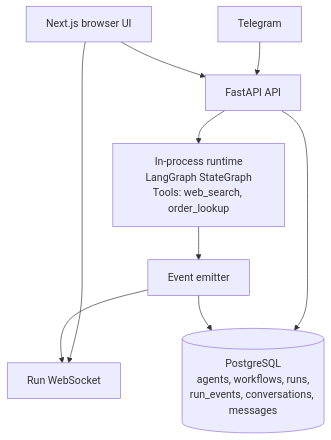
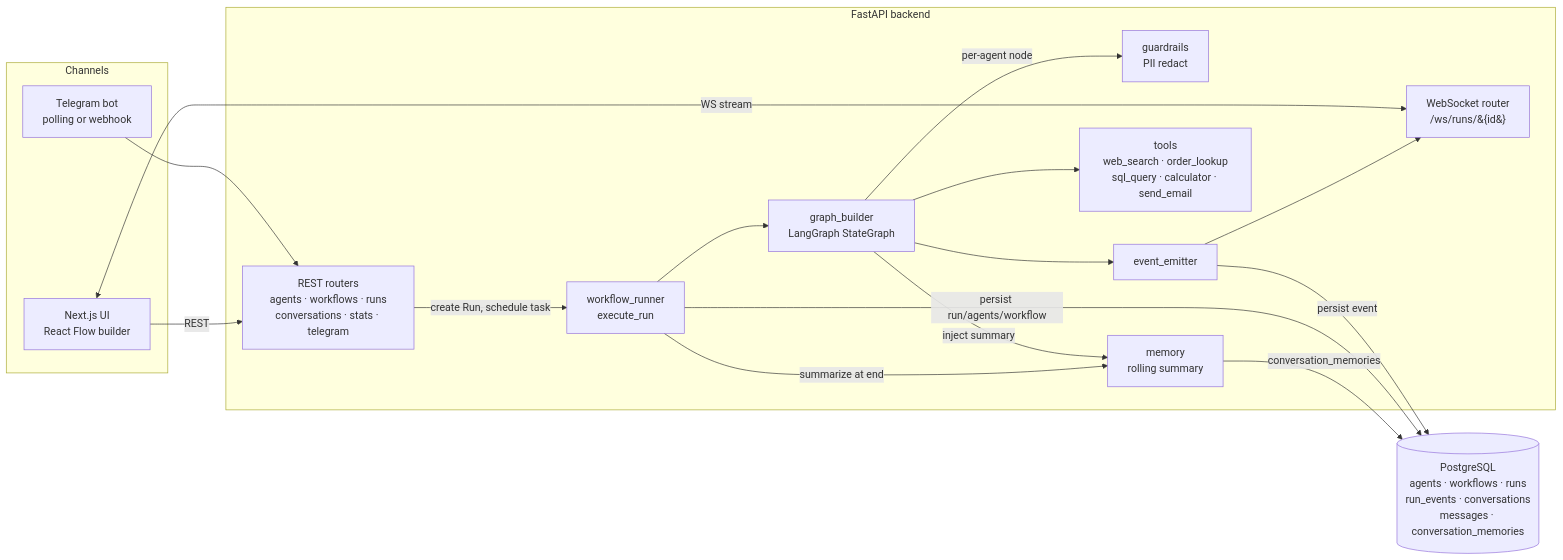
The diagram in README.md (srivishnu21/agent_mesh), drawn with Mermaid before and after one commit. The commit also changed other lines of this file, not shown here.

First line of the commit message:
docs: refresh README — accurate architecture diagram and feature walkthrough

````diff
--- a/README.md
+++ b/README.md
@@ -11,11 +17,36 @@
 ```mermaid
-flowchart TD
-  Telegram[Telegram] --> API[FastAPI API]
-  Browser[Next.js browser UI] --> API
-  Browser --> WS[Run WebSocket]
-  API --> Runtime[In-process runtime<br/>LangGraph StateGraph<br/>Tools: web_search, order_lookup]
-  Runtime --> Events[Event emitter]
-  Events --> WS
-  API --> DB[(PostgreSQL<br/>agents, workflows, runs,<br/>run_events, conversations, messages)]
-  Events --> DB
+flowchart LR
+  subgraph Channels
+    Telegram[Telegram bot<br/>polling or webhook]
+    Browser[Next.js UI<br/>React Flow builder]
+  end
+
+  Telegram --> API
+  Browser -- REST --> API
+  Browser <-- WS stream --> WSRouter
+
+  subgraph Backend [FastAPI backend]
+    API[REST routers<br/>agents · workflows · runs<br/>conversations · stats · telegram]
+    Runner[workflow_runner<br/>execute_run]
+    Graph[graph_builder<br/>LangGraph StateGraph]
+    Guard[guardrails<br/>PII redact]
+    Mem[memory<br/>rolling summary]
+    Tools[tools<br/>web_search · order_lookup<br/>sql_query · calculator · send_email]
+    Emit[event_emitter]
+    WSRouter[WebSocket router<br/>/ws/runs/&#123;id&#125;]
+  end
+
+  API -- create Run, schedule task --> Runner
+  Runner --> Graph
+  Graph -- per-agent node --> Guard
+  Graph --> Tools
+  Graph -- inject summary --> Mem
+  Graph --> Emit
+  Runner -- summarize at end --> Mem
+  Emit --> WSRouter
+  Emit -- persist event --> DB
+  Runner -- persist run/agents/workflow --> DB
+  Mem -- conversation_memories --> DB
+
+  DB[(PostgreSQL<br/>agents · workflows · runs<br/>run_events · conversations<br/>messages · conversation_memories)]
 ```
````
